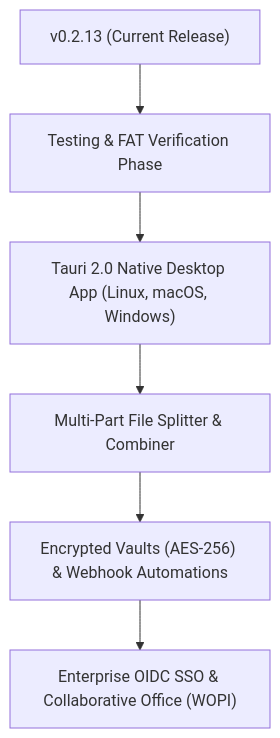
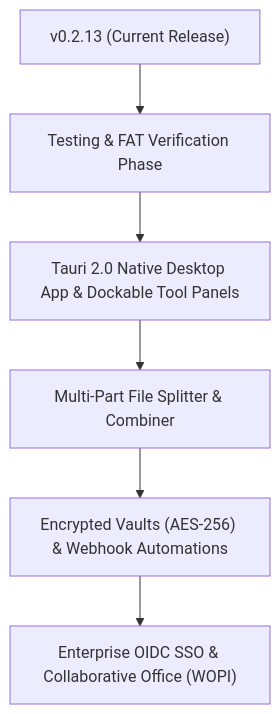
Before and after one commit to Woofson/commanderdog: the diagram in ROADMAP.md, drawn with Mermaid. The commit also changed other lines of this file, not shown here.

Commit message:
Roadmap: add Dockable Tool Panels (in-pane & in-tab docking) priority

````diff
--- a/ROADMAP.md
+++ b/ROADMAP.md
@@ -58,8 +63,8 @@
 ```mermaid
 graph TD
     A["v0.2.13 (Current Release)"] --> B["Testing & FAT Verification Phase"]
-    B --> C["Tauri 2.0 Native Desktop App (Linux, macOS, Windows)"]
+    B --> C["Tauri 2.0 Native Desktop App & Dockable Tool Panels"]
     C --> D["Multi-Part File Splitter & Combiner"]
     D --> E["Encrypted Vaults (AES-256) & Webhook Automations"]
     E --> F["Enterprise OIDC SSO & Collaborative Office (WOPI)"]
 ```
````
